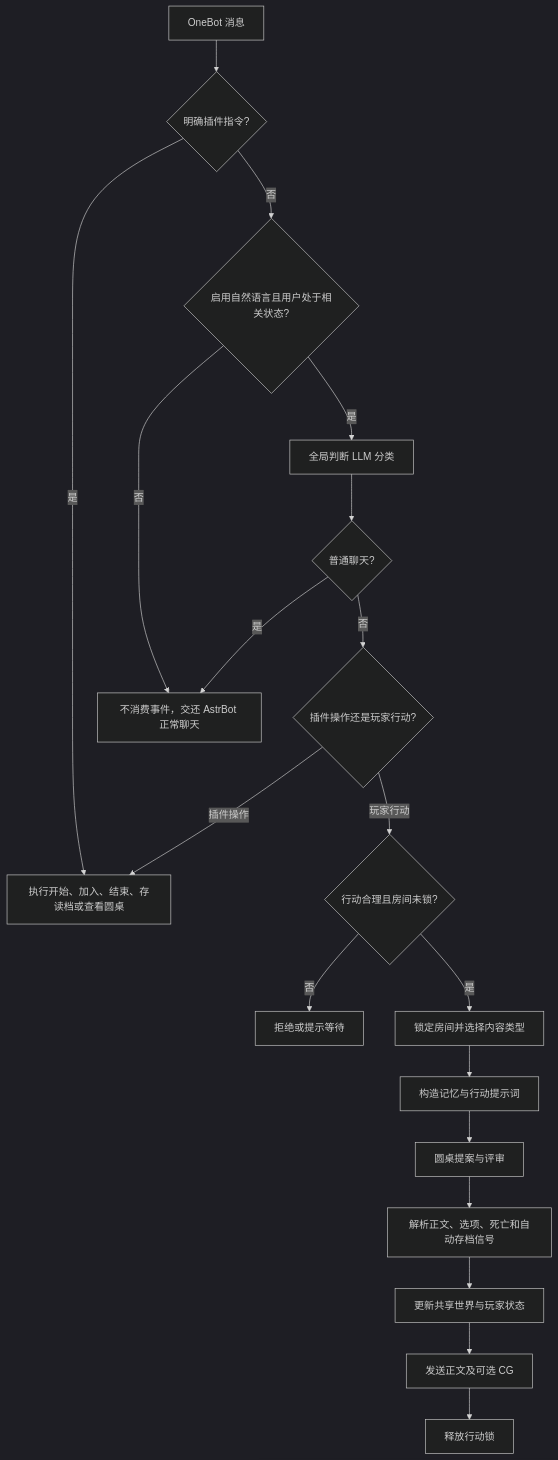
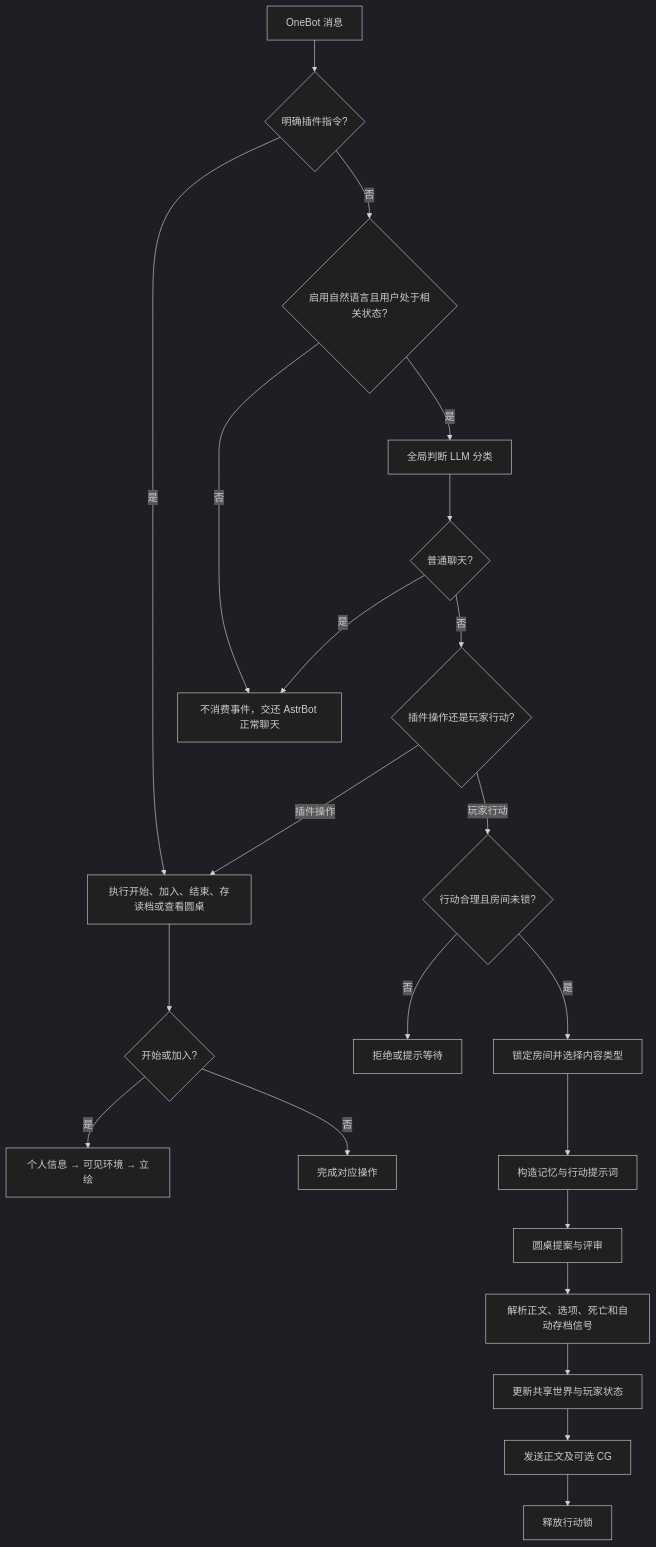
One commit to Lan-0v0/astrbot_plugin_ai_interactive_fiction changed the diagram in docs/ARCHITECTURE.md. Above: the diagram before and after it, drawn with Mermaid (dark theme). The commit also changed 15 other files, not shown here.

````diff
--- a/docs/ARCHITECTURE.md
+++ b/docs/ARCHITECTURE.md
@@ -7,21 +7,24 @@
 ```mermaid
 flowchart TD
     A["OneBot 消息"] --> B{"明确插件指令?"}
     B -- 是 --> C["执行开始、加入、结束、存读档或查看圆桌"]
     B -- 否 --> D{"启用自然语言且用户处于相关状态?"}
     D -- 否 --> E["不消费事件，交还 AstrBot 正常聊天"]
     D -- 是 --> F["全局判断 LLM 分类"]
     F --> G{"普通聊天?"}
     G -- 是 --> E
     G -- 否 --> H{"插件操作还是玩家行动?"}
     H -- 插件操作 --> C
+    C --> C0{"开始或加入?"}
+    C0 -- 是 --> C1["个人信息 → 可见环境 → 立绘"]
+    C0 -- 否 --> C2["完成对应操作"]
     H -- 玩家行动 --> I{"行动合理且房间未锁?"}
     I -- 否 --> J["拒绝或提示等待"]
     I -- 是 --> K["锁定房间并选择内容类型"]
     K --> L["构造记忆与行动提示词"]
     L --> M["圆桌提案与评审"]
     M --> N["解析正文、选项、死亡和自动存档信号"]
     N --> O["更新共享世界与玩家状态"]
     O --> P["发送正文及可选 CG"]
     P --> Q["释放行动锁"]
 ```
````
